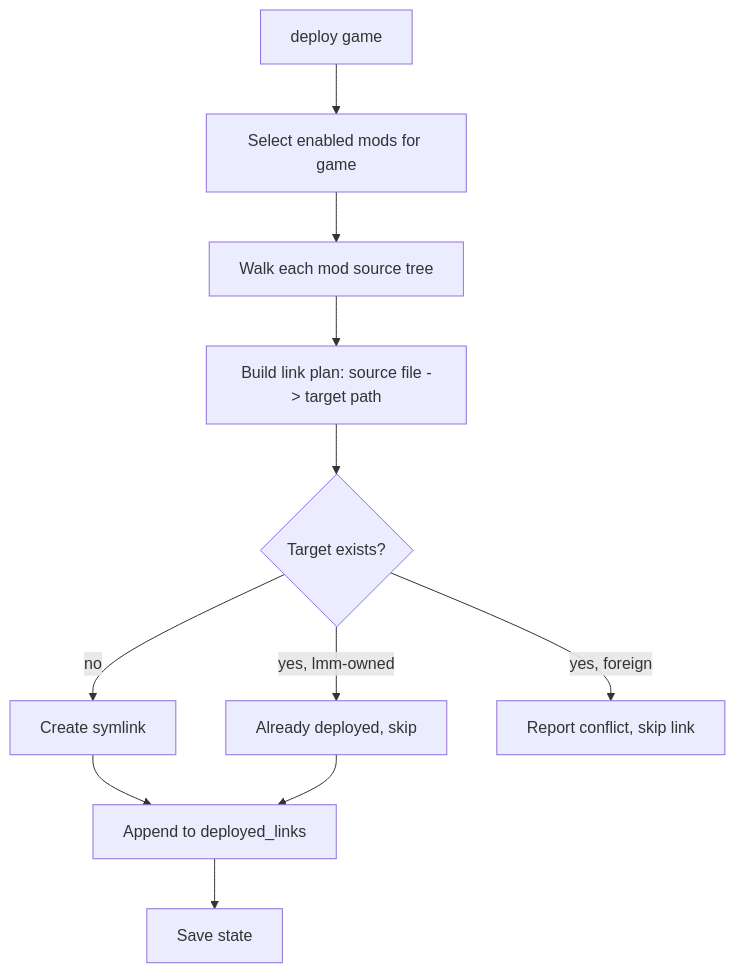
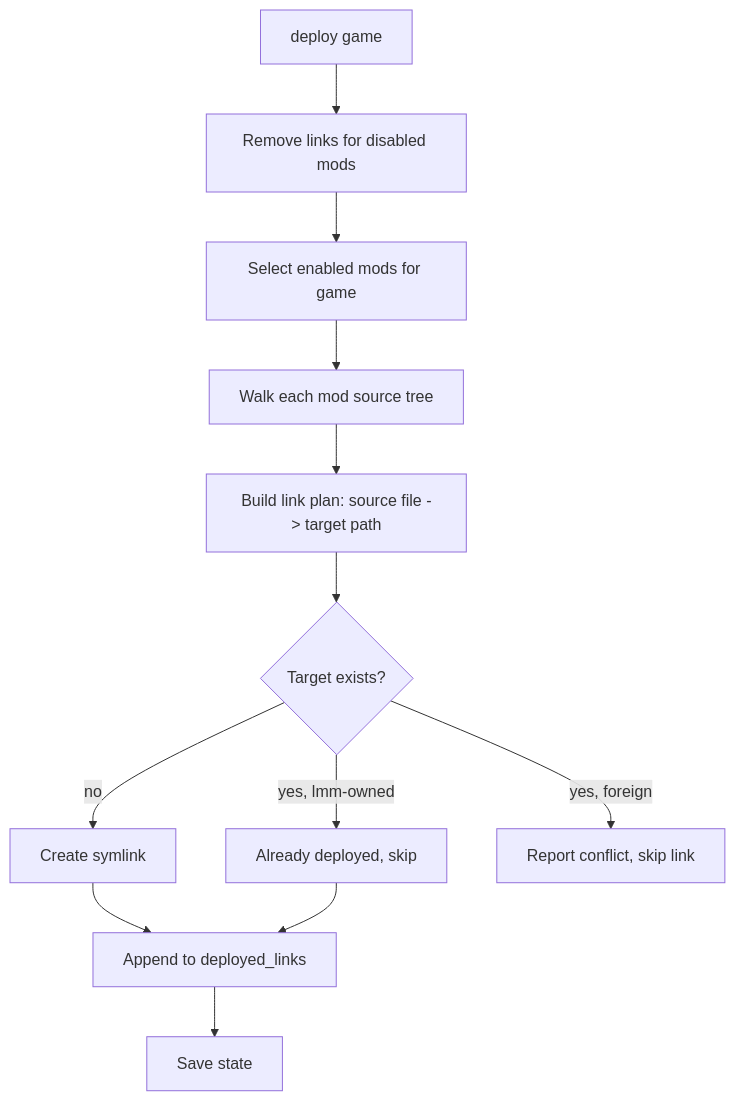
The diagram in .cursor/skills/linux-mod-manager/architecture.md (Aapok0/linux-mod-manager), drawn with Mermaid before and after one commit. The commit also changed other lines of this file and 7 other files, not shown here.

Commit message:
Changes aftger P2 review: fix deploy reconcile and symlink safety

````diff
--- a/.cursor/skills/linux-mod-manager/architecture.md
+++ b/.cursor/skills/linux-mod-manager/architecture.md
@@ -96,13 +96,14 @@
 ```mermaid
 flowchart TD
-  start[deploy game] --> mods[Select enabled mods for game]
+  start[deploy game] --> reconcile[Remove links for disabled mods]
+  reconcile --> mods[Select enabled mods for game]
   mods --> walk[Walk each mod source tree]
   walk --> plan[Build link plan: source file -> target path]
   plan --> conflict{Target exists?}
   conflict -- no --> create[Create symlink]
   conflict -- "yes, lmm-owned" --> skip[Already deployed, skip]
   conflict -- "yes, foreign" --> report[Report conflict, skip link]
   create --> record[Append to deployed_links]
   skip --> record
   record --> save[Save state]
 ```
````
